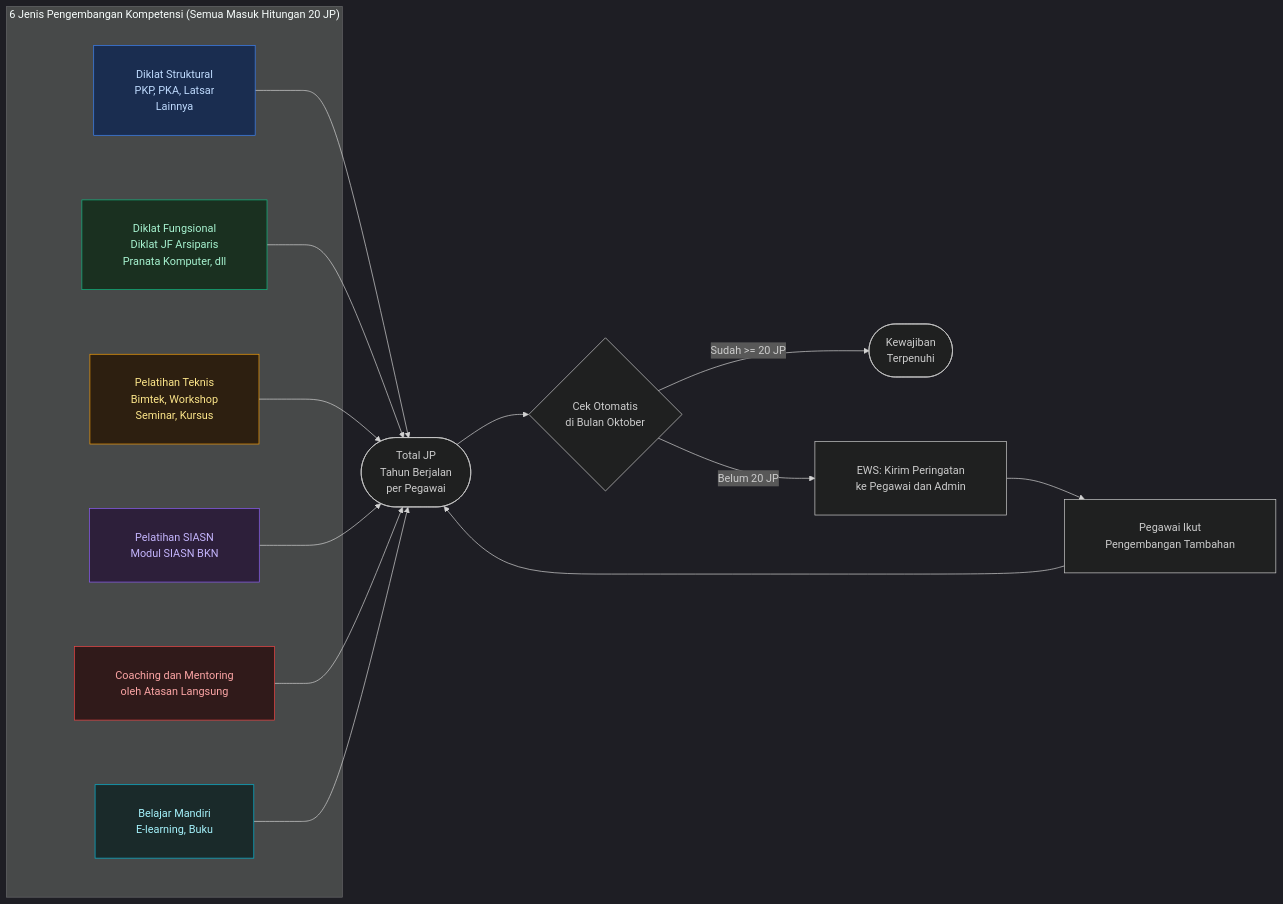
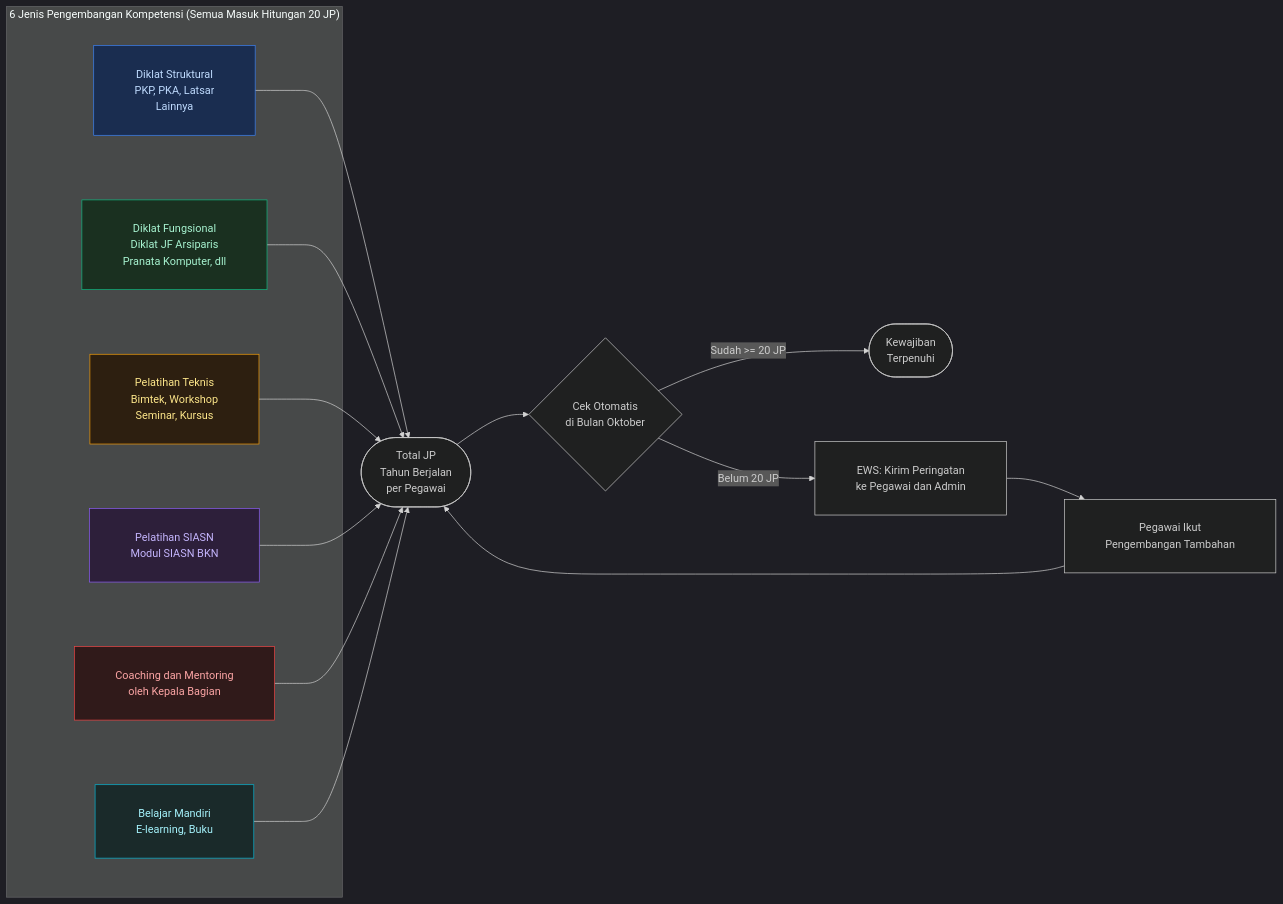
Before and after one commit to Diyoncrz18/simpeg-diagram-lldikti: the eighth of 10 diagrams in SIMPEG-v0.4-diagrams-extracted/SIMPEG-v0.4-diagrams.md, drawn with Mermaid. The commit also changed other lines of this file and 27 other files, not shown here.

````diff
--- a/SIMPEG-v0.4-diagrams-extracted/SIMPEG-v0.4-diagrams.md
+++ b/SIMPEG-v0.4-diagrams-extracted/SIMPEG-v0.4-diagrams.md
@@ -182,29 +182,29 @@
 ```mermaid
 %%{init:{"flowchart":{"nodeSpacing":95,"rankSpacing":85,"padding":30},"theme":"dark"}}%%
 flowchart LR
     subgraph JENIS["6 Jenis Pengembangan Kompetensi (Semua Masuk Hitungan 20 JP)"]
         J1["Diklat Struktural\nPKP, PKA, Latsar\nLainnya"]:::j1
         J2["Diklat Fungsional\nDiklat JF Arsiparis\nPranata Komputer, dll"]:::j2
         J3["Pelatihan Teknis\nBimtek, Workshop\nSeminar, Kursus"]:::j3
         J4["Pelatihan SIASN\nModul SIASN BKN"]:::j4
-        J5["Coaching dan Mentoring\noleh Atasan Langsung"]:::j5
+        J5["Coaching dan Mentoring\noleh Kepala Bagian"]:::j5
         J6["Belajar Mandiri\nE-learning, Buku"]:::j6
     end
     J1 --> T(["Total JP\nTahun Berjalan\nper Pegawai"])
     J2 --> T
     J3 --> T
     J4 --> T
     J5 --> T
     J6 --> T
     T --> CH{Cek Otomatis\ndi Bulan Oktober}
     CH -->|"Sudah >= 20 JP"| OK(["Kewajiban\nTerpenuhi"])
     CH -->|"Belum 20 JP"| EWS["EWS: Kirim Peringatan\nke Pegawai dan Admin"]
     EWS --> ACT["Pegawai Ikut\nPengembangan Tambahan"]
     ACT --> T
     classDef j1 fill:#1a2d50,stroke:#3b82f6,color:#bfdbfe
     classDef j2 fill:#1a3020,stroke:#10b981,color:#a7f3d0
     classDef j3 fill:#2d1f10,stroke:#f59e0b,color:#fde68a
     classDef j4 fill:#2d1f3a,stroke:#8b5cf6,color:#c4b5fd
     classDef j5 fill:#301a1a,stroke:#ef4444,color:#fca5a5
     classDef j6 fill:#1a2a2a,stroke:#06b6d4,color:#a5f3fc
 ```
````
